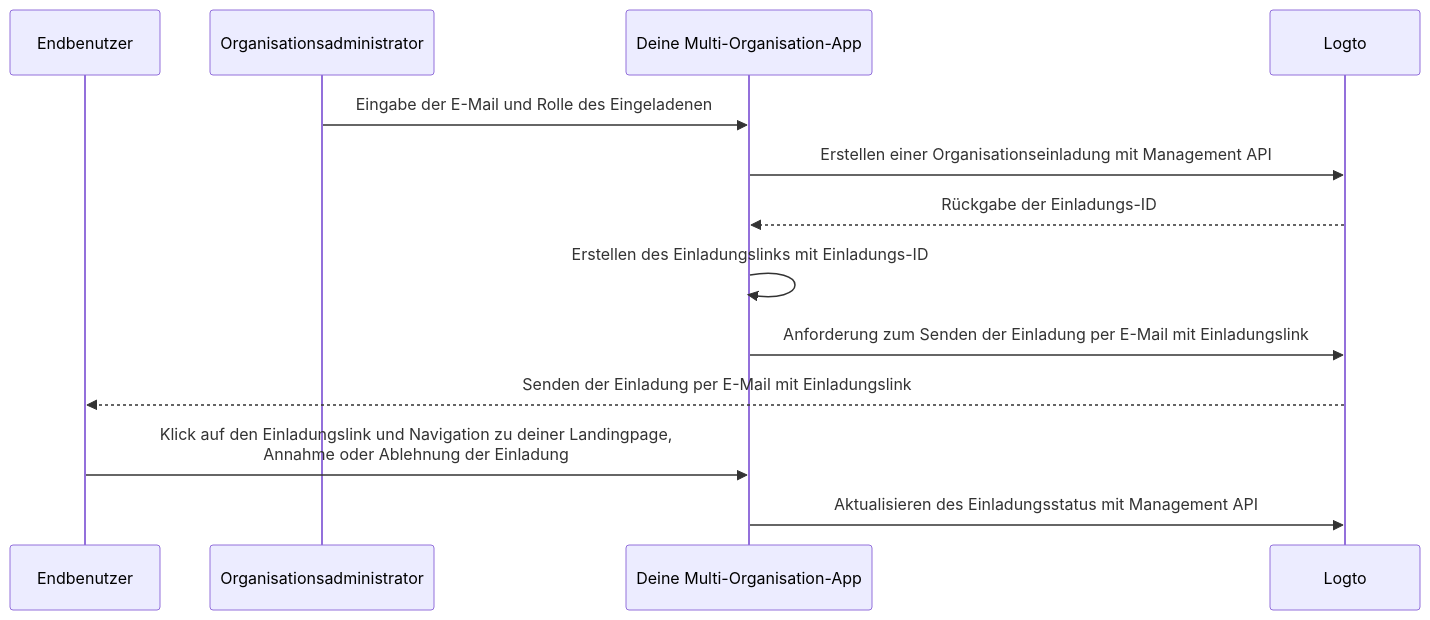
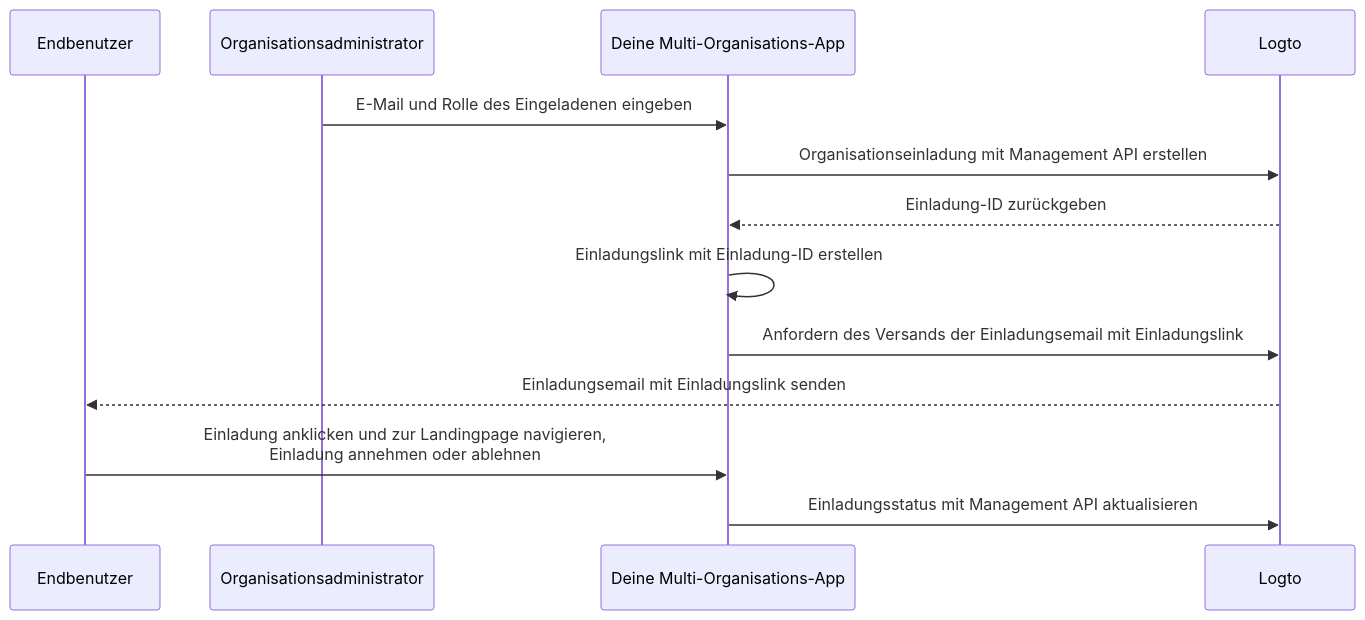
Before and after one commit to logto-io/docs: the diagram in i18n/de/docusaurus-plugin-content-docs/current/end-user-flows/organization-experience/invite-organization-members.mdx, drawn with Mermaid. The commit also changed other lines of this file and 357 other files, not shown here.

````diff
--- a/i18n/de/docusaurus-plugin-content-docs/current/end-user-flows/organization-experience/invite-organization-members.mdx
+++ b/i18n/de/docusaurus-plugin-content-docs/current/end-user-flows/organization-experience/invite-organization-members.mdx
@@ -13,16 +13,16 @@
 ```mermaid
 sequenceDiagram
 	Participant U as Endbenutzer
   Participant A as Organisationsadministrator
-  Participant C as Deine Multi-Organisation-App
+  Participant C as Deine Multi-Organisations-App
 	Participant L as Logto
 
-  A ->> C: Eingabe der E-Mail und Rolle des Eingeladenen
-  C ->> L: Erstellen einer Organisationseinladung mit Management API
-  L -->> C: Rückgabe der Einladungs-ID
-  C ->> C: Erstellen des Einladungslinks mit Einladungs-ID
-  C ->> L: Anforderung zum Senden der Einladung per E-Mail mit Einladungslink
-  L -->> U: Senden der Einladung per E-Mail mit Einladungslink
-  U ->> C: Klick auf den Einladungslink und Navigation zu deiner Landingpage,<br /> Annahme oder Ablehnung der Einladung
-  C ->> L: Aktualisieren des Einladungsstatus mit Management API
+  A ->> C: E-Mail und Rolle des Eingeladenen eingeben
+  C ->> L: Organisationseinladung mit Management API erstellen
+  L -->> C: Einladung-ID zurückgeben
+  C ->> C: Einladungslink mit Einladung-ID erstellen
+  C ->> L: Anfordern des Versands der Einladungsemail mit Einladungslink
+  L -->> U: Einladungsemail mit Einladungslink senden
+  U ->> C: Einladung anklicken und zur Landingpage navigieren,<br /> Einladung annehmen oder ablehnen
+  C ->> L: Einladungsstatus mit Management API aktualisieren
 ```
````
